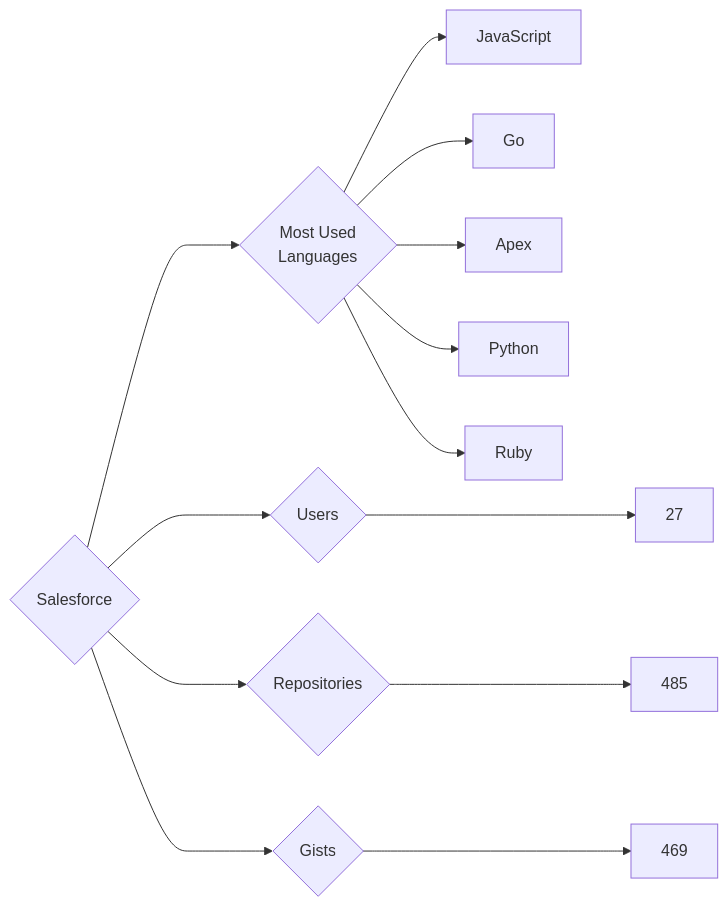
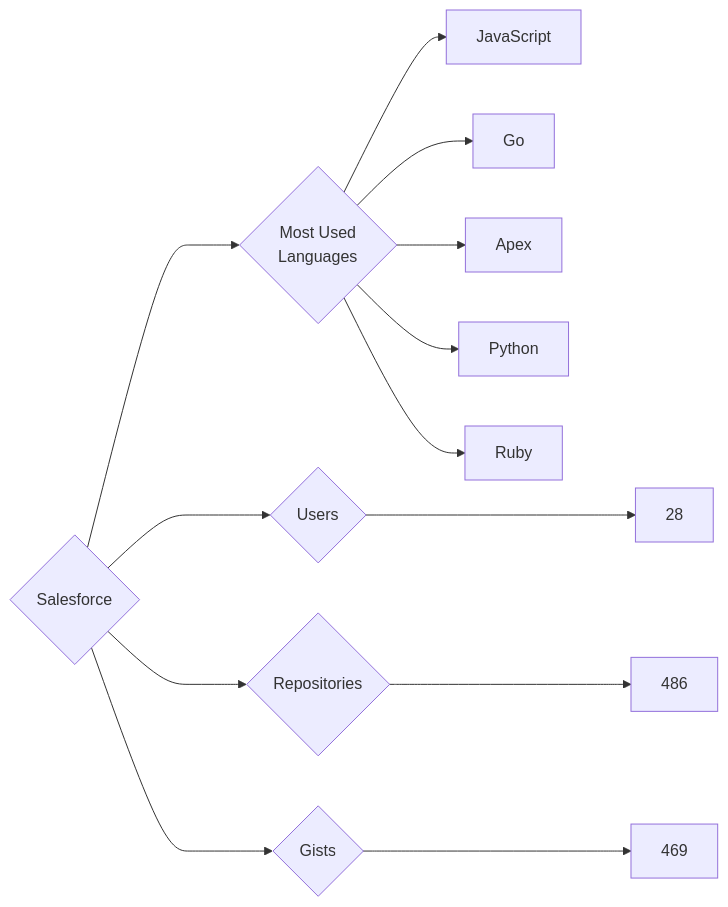
One commit to trickest/insiders changed the diagram in targets/Salesforce/README.md. Above: the diagram before and after it, drawn with Mermaid. The commit also changed 964 other files, not shown here.

````diff
--- a/targets/Salesforce/README.md
+++ b/targets/Salesforce/README.md
@@ -3,13 +3,13 @@
 ```mermaid
 graph LR
 COMPANY_NAME{Salesforce}
-COMPANY_NAME ---> U{Users} ---> UN[27]
-COMPANY_NAME ---> R{Repositories} ---> RN[485]
+COMPANY_NAME ---> U{Users} ---> UN[28]
+COMPANY_NAME ---> R{Repositories} ---> RN[486]
 COMPANY_NAME ---> G{Gists} ---> GN[469]
 COMPANY_NAME ---> ML{Most Used<br>Languages}
 ML --> JavaScript[JavaScript]
 ML --> Go[Go]
 ML --> Apex[Apex]
 ML --> Python[Python]
 ML --> Ruby[Ruby]
 ```
````
